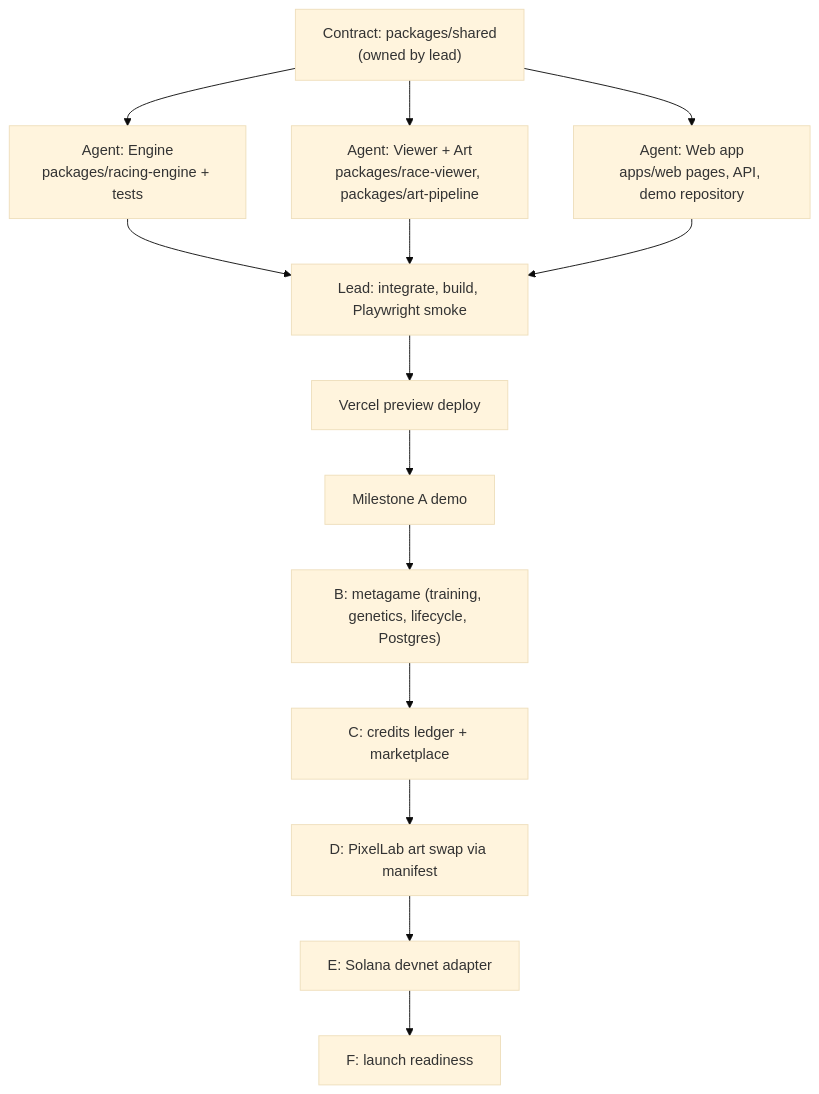
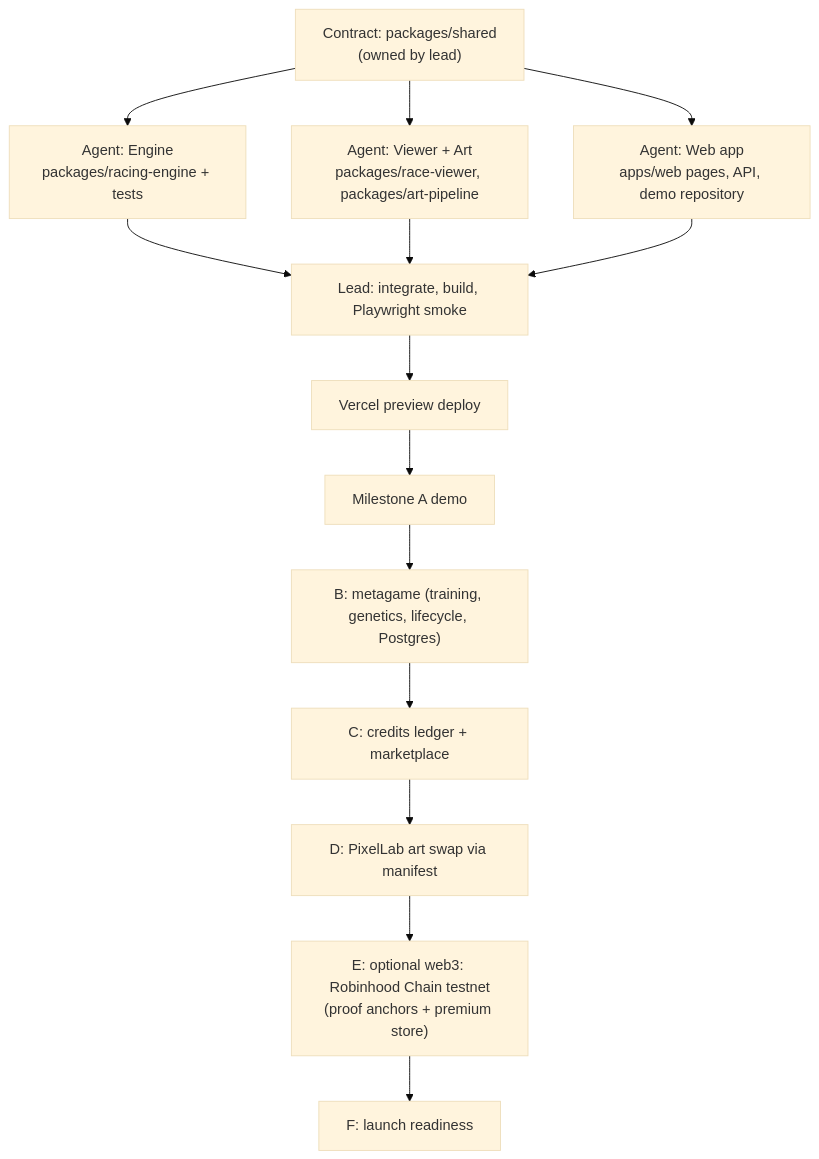
The seventh of 7 diagrams in docs/architecture.md (stephenclawdbot-png/ranch-game), drawn with Mermaid (base theme) before and after one commit. The commit also changed other lines of this file and 7 other files, not shown here.

First line of the commit message:
Web3: Robinhood Chain research (docs/web3.md), Claude skills, architecture/roadmap updates

````diff
--- a/docs/architecture.md
+++ b/docs/architecture.md
@@ -132,15 +143,15 @@
 ```mermaid
 flowchart TB
   C0["Contract: packages/shared<br/>(owned by lead)"] --> W1 & W2 & W3
   W1["Agent: Engine<br/>packages/racing-engine + tests"]
   W2["Agent: Viewer + Art<br/>packages/race-viewer, packages/art-pipeline"]
   W3["Agent: Web app<br/>apps/web pages, API, demo repository"]
   W1 & W2 & W3 --> I["Lead: integrate, build, Playwright smoke"]
   I --> D[Vercel preview deploy]
   D --> MA[Milestone A demo]
   MA --> MB["B: metagame (training, genetics, lifecycle, Postgres)"]
   MB --> MC["C: credits ledger + marketplace"]
   MC --> MD["D: PixelLab art swap via manifest"]
-  MD --> ME["E: Solana devnet adapter"]
+  MD --> ME["E: optional web3: Robinhood Chain testnet<br/>(proof anchors + premium store)"]
   ME --> MF[F: launch readiness]
 ```
````
